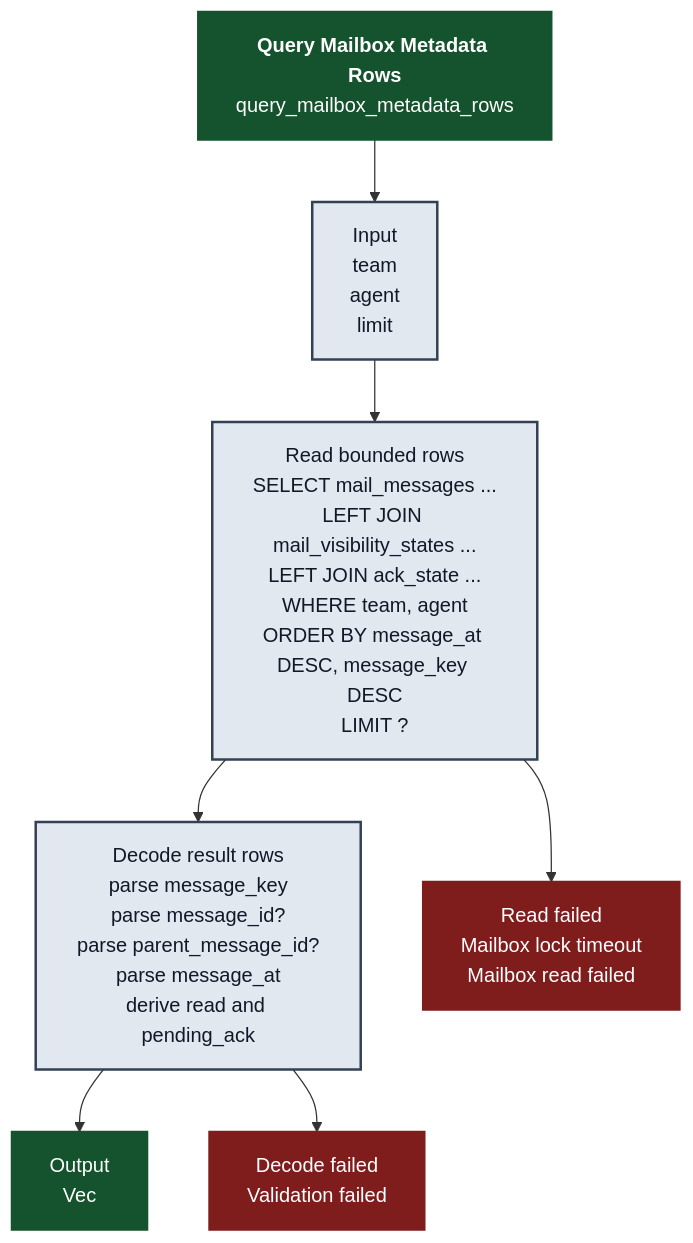
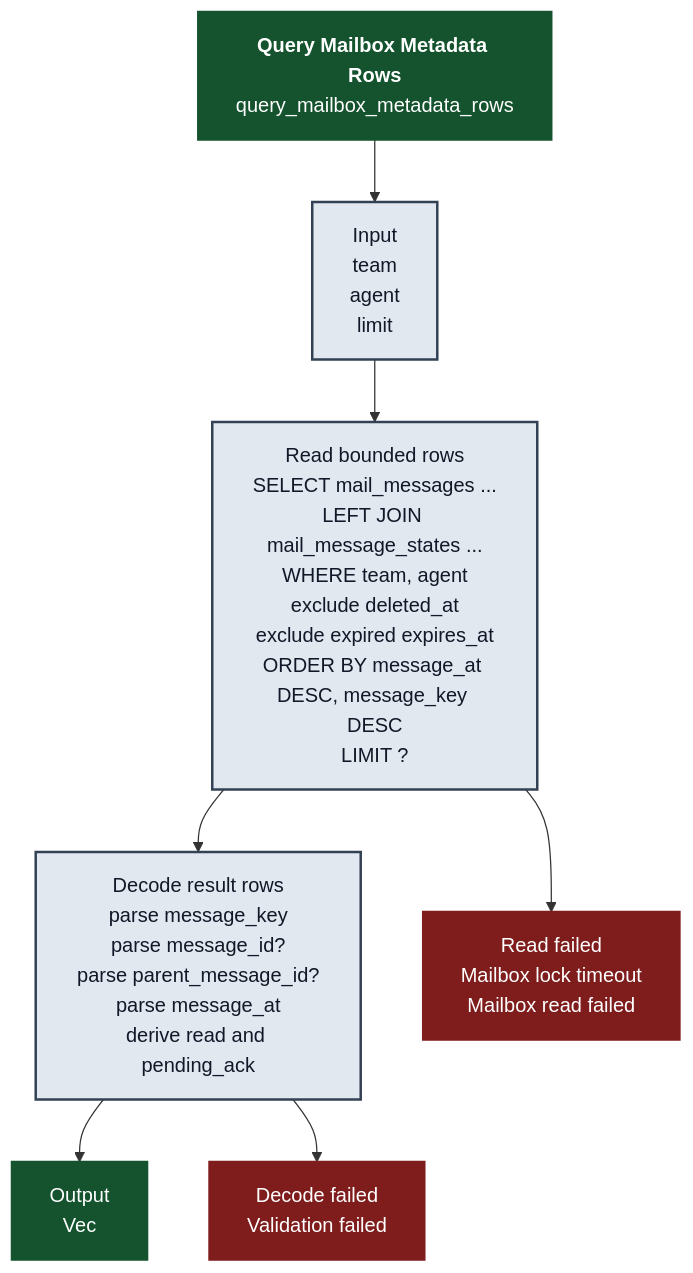
Before and after one commit to randlee/atm-core: the diagram in docs/atm-rusqlite/sql_query-mailbox-metadata-rows.mmd, drawn with Mermaid. The commit also changed 26 other files, not shown here.

Commit message:
phase-u: unify mutable message state

```diff
--- a/docs/atm-rusqlite/sql_query-mailbox-metadata-rows.mmd
+++ b/docs/atm-rusqlite/sql_query-mailbox-metadata-rows.mmd
@@ -1,41 +1,42 @@
 %% title: `Query Mailbox Metadata Rows`
 %% summary: Public sqlite-store method `query_mailbox_metadata_rows`.
-%% commentary: This SQL path returns bounded mailbox header rows. It joins immutable message rows with visibility and ack projections, then decodes the row set into `MailboxMetadataRow` values.
-%% read_tables: mail_messages, mail_visibility_states, ack_state
+%% commentary: This SQL path returns bounded mailbox header rows. It joins immutable message rows with the unified mutable state row, filters deleted and expired messages, then decodes the row set into `MailboxMetadataRow` values.
+%% read_tables: mail_messages, mail_message_states
 %% write_tables:
-%% notes: reads: 1 | writes: 0 | joins: 2 | transactions: 0
+%% notes: reads: 1 | writes: 0 | joins: 1 | transactions: 0
 %% sets: query
 flowchart TD
     A["<b>Query Mailbox Metadata Rows</b><br/>query_mailbox_metadata_rows"]
     A --> I["Input
 team
 agent
 limit"]
     I --> R["Read bounded rows
 SELECT mail_messages ...
-LEFT JOIN mail_visibility_states ...
-LEFT JOIN ack_state ...
+LEFT JOIN mail_message_states ...
 WHERE team, agent
+exclude deleted_at
+exclude expired expires_at
 ORDER BY message_at DESC, message_key DESC
 LIMIT ?"]
     R --> D["Decode result rows
 parse message_key
 parse message_id?
 parse parent_message_id?
 parse message_at
 derive read and pending_ack"]
     D --> O["Output
 Vec<MailboxMetadataRow>"]
     R --> ER["Read failed
 Mailbox lock timeout
 Mailbox read failed"]
     D --> EM["Decode failed
 Validation failed"]
 
     classDef happy fill:#14532d,color:#ffffff,stroke:#14532d,stroke-width:2px;
     classDef error fill:#7f1d1d,color:#ffffff,stroke:#7f1d1d,stroke-width:2px;
     classDef neutral fill:#e2e8f0,color:#111827,stroke:#334155,stroke-width:2px;
 
     class A,O happy;
     class ER,EM error;
     class I,R,D neutral;
```
